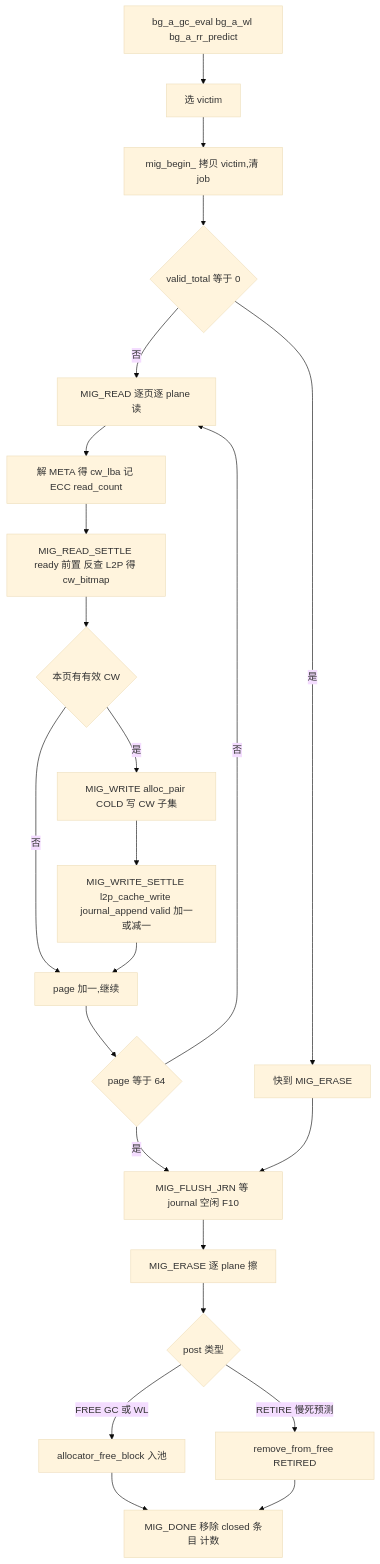
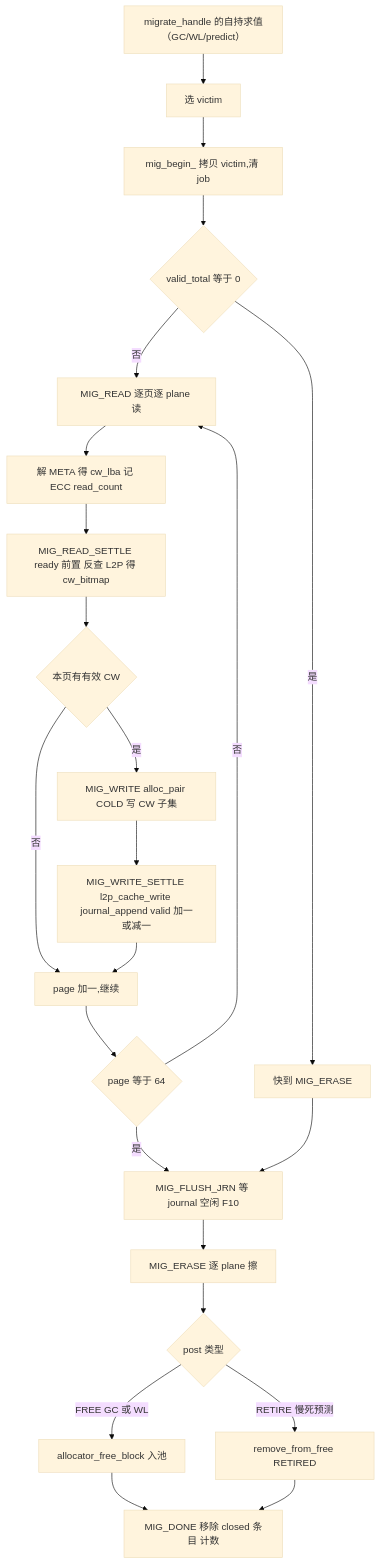
Before and after one commit to YzYMIAO/BASESSD: diagram 30 of 32 in docs/design/ftl_design.md, drawn with Mermaid (base theme). The commit also changed other lines of this file and 46 other files, not shown here.

````diff
--- a/docs/design/ftl_design.md
+++ b/docs/design/ftl_design.md
@@ -3738,25 +3735,25 @@
 ```mermaid
 flowchart TD
-    A["bg_a_gc_eval bg_a_wl bg_a_rr_predict"] --> B["选 victim"]
+    A["migrate_handle 的自持求值（GC/WL/predict）"] --> B["选 victim"]
     B --> C["mig_begin_ 拷贝 victim,清 job"]
     C --> D{"valid_total 等于 0"}
     D -- "是" --> E["快到 MIG_ERASE"]
     D -- "否" --> F["MIG_READ 逐页逐 plane 读"]
     F --> G["解 META 得 cw_lba 记 ECC read_count"]
     G --> H["MIG_READ_SETTLE ready 前置 反查 L2P 得 cw_bitmap"]
     H --> I{"本页有有效 CW"}
     I -- "否" --> J["page 加一,继续"]
     I -- "是" --> K["MIG_WRITE alloc_pair COLD 写 CW 子集"]
     K --> L["MIG_WRITE_SETTLE l2p_cache_write journal_append valid 加一或减一"]
     L --> J
     J --> M{"page 等于 64"}
     M -- "否" --> F
     M -- "是" --> N["MIG_FLUSH_JRN 等 journal 空闲 F10"]
     N --> O["MIG_ERASE 逐 plane 擦"]
     O --> P{"post 类型"}
     P -- "FREE GC 或 WL" --> Q["allocator_free_block 入池"]
     P -- "RETIRE 慢死预测" --> R["remove_from_free RETIRED"]
     Q --> S["MIG_DONE 移除 closed 条目 计数"]
     R --> S
     E --> N
 ```
````
